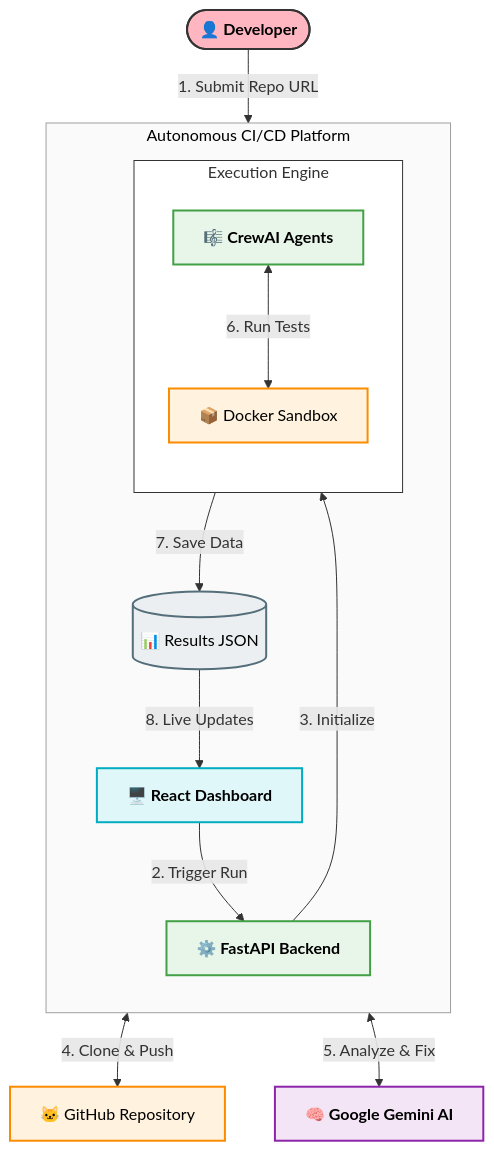
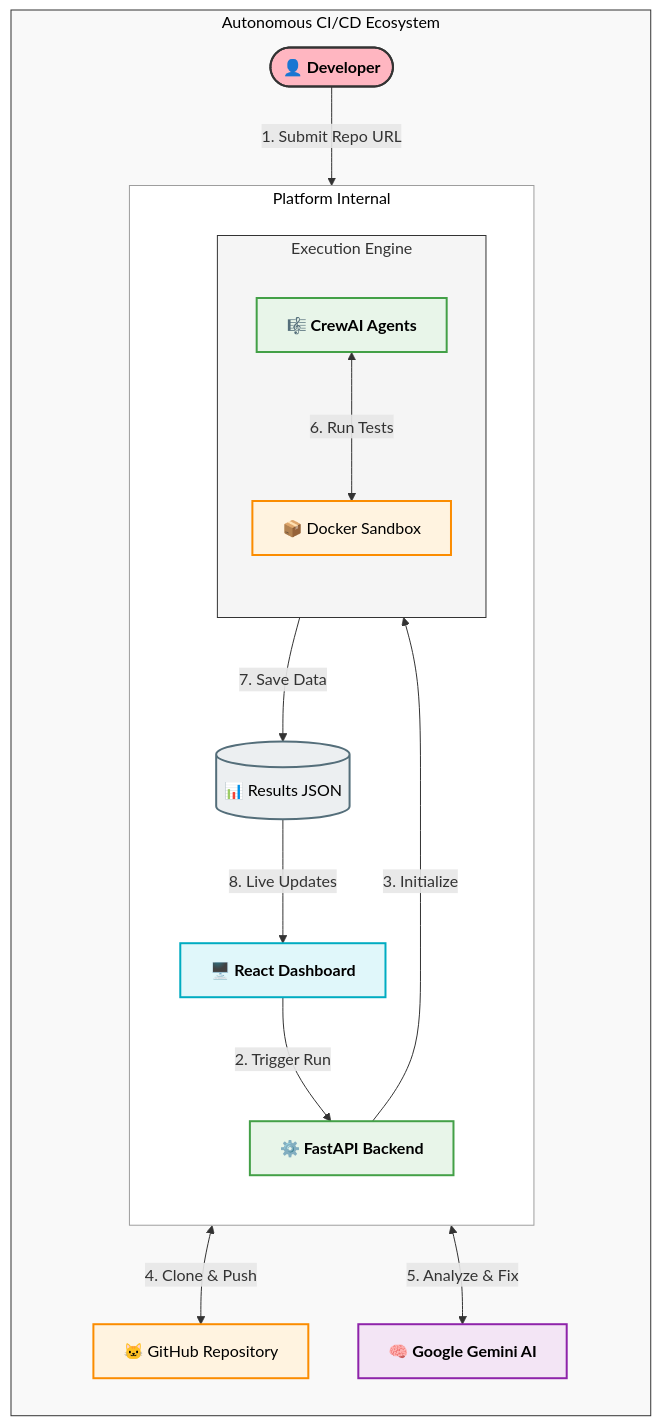
One commit to AshrafGalaxy/RIFT_2026 changed the diagram in README.md. Above: the diagram before and after it, drawn with Mermaid.

Commit message:
Wrap architecture diagram in global canvas

````diff
--- a/README.md
+++ b/README.md
@@ -15,46 +15,51 @@
 ```mermaid
 graph TD
     %% Global Styles
     classDef user fill:#FFB6C1,stroke:#333,stroke-width:2px,color:black,font-weight:bold
     classDef frontend fill:#E0F7FA,stroke:#00ACC1,stroke-width:2px,color:black,font-weight:bold
     classDef backend fill:#E8F5E9,stroke:#43A047,stroke-width:2px,color:black,font-weight:bold
     classDef ai fill:#F3E5F5,stroke:#8E24AA,stroke-width:2px,color:black,font-weight:bold
     classDef ext fill:#FFF3E0,stroke:#FB8C00,stroke-width:2px,color:black
     classDef db fill:#ECEFF1,stroke:#546E7A,stroke-width:2px,color:black
 
-    %% External Actors
-    User([👤 Developer]):::user
-    GitHub[🐱 GitHub Repository]:::ext
-    Gemini[🧠 Google Gemini AI]:::ai
+    subgraph Global_Canvas [Autonomous CI/CD Ecosystem]
+        direction TB
+        style Global_Canvas fill:#f9f9f9,stroke:#333,stroke-width:1px,color:black
 
-    %% System Boundary
-    subgraph System [Autonomous CI/CD Platform]
-        direction TB
-        style System fill:#FAFAFA,stroke:#9E9E9E,stroke-width:1px,color:black
+        %% External Actors
+        User([👤 Developer]):::user
+        GitHub[🐱 GitHub Repository]:::ext
+        Gemini[🧠 Google Gemini AI]:::ai
 
-        Frontend[🖥️ React Dashboard]:::frontend
-        Backend[⚙️ FastAPI Backend]:::backend
-        
-        subgraph Engine [Execution Engine]
+        %% System Boundary
+        subgraph System [Platform Internal]
             direction TB
-            style Engine fill:#FFFFFF,stroke:#333,stroke-width:1px
+            style System fill:#FFFFFF,stroke:#9E9E9E,stroke-width:1px,color:black
+
+            Frontend[🖥️ React Dashboard]:::frontend
+            Backend[⚙️ FastAPI Backend]:::backend
             
-            Orchestrator[🎼 CrewAI Agents]:::backend
-            Sandbox[📦 Docker Sandbox]:::ext
+            subgraph Engine [Execution Engine]
+                direction TB
+                style Engine fill:#F5F5F5,stroke:#333,stroke-width:1px
+                
+                Orchestrator[🎼 CrewAI Agents]:::backend
+                Sandbox[📦 Docker Sandbox]:::ext
+            end
+            
+            Results[(📊 Results JSON)]:::db
         end
-        
-        Results[(📊 Results JSON)]:::db
     end
 
     %% Data Flow
     User -->|1. Submit Repo URL| Frontend
     Frontend -->|2. Trigger Run| Backend
     Backend -->|3. Initialize| Orchestrator
     
     Orchestrator <-->|4. Clone & Push| GitHub
     Orchestrator <-->|5. Analyze & Fix| Gemini
     Orchestrator <-->|6. Run Tests| Sandbox
     
     Orchestrator -->|7. Save Data| Results
     Results -->|8. Live Updates| Frontend
 ```
````
